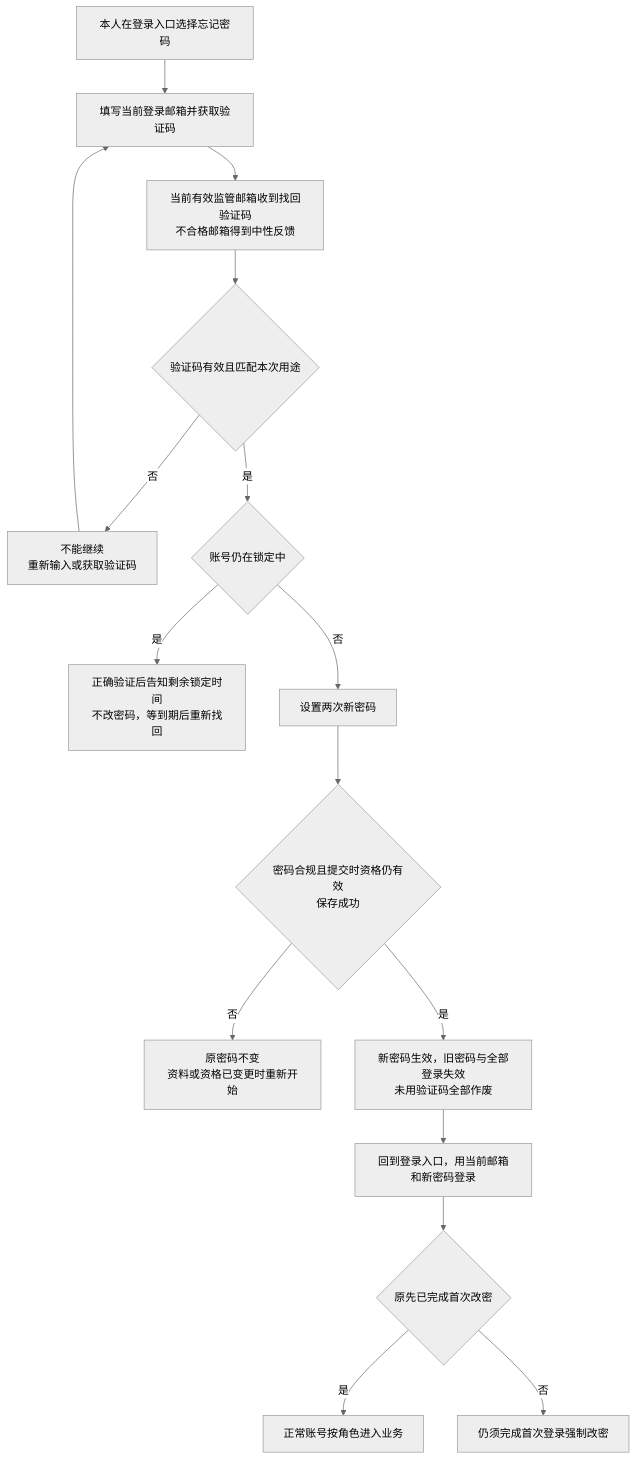
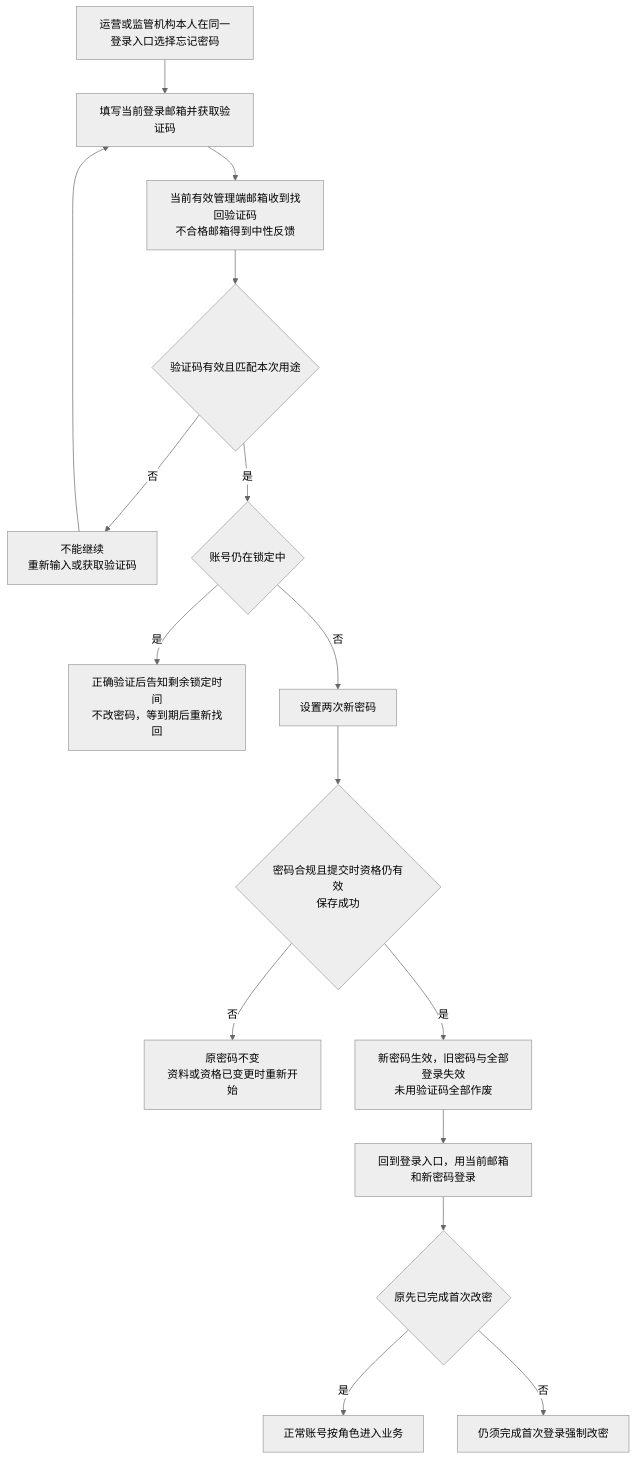
Before and after one commit to wxblockchain/Chain-Financing: the sixth of 8 diagrams in token-issuance-platform/PRD/v1.0-管理端登录与权限-流程图与状态机.md, drawn with Mermaid (neutral theme). The commit also changed other lines of this file and 4 other files, not shown here.

````diff
--- a/token-issuance-platform/PRD/v1.0-管理端登录与权限-流程图与状态机.md
+++ b/token-issuance-platform/PRD/v1.0-管理端登录与权限-流程图与状态机.md
@@ -130,18 +130,18 @@
 ```mermaid
 flowchart TD
-    A[本人在登录入口选择忘记密码] --> B[填写当前登录邮箱并获取验证码]
-    B --> C[当前有效监管邮箱收到找回验证码<br/>不合格邮箱得到中性反馈]
+    A[运营或监管机构本人在同一登录入口选择忘记密码] --> B[填写当前登录邮箱并获取验证码]
+    B --> C[当前有效管理端邮箱收到找回验证码<br/>不合格邮箱得到中性反馈]
     C --> D{验证码有效且匹配本次用途}
     D -->|否| E[不能继续<br/>重新输入或获取验证码]
     E --> B
     D -->|是| F{账号仍在锁定中}
     F -->|是| G[正确验证后告知剩余锁定时间<br/>不改密码，等到期后重新找回]
     F -->|否| H[设置两次新密码]
     H --> I{密码合规且提交时资格仍有效<br/>保存成功}
     I -->|否| J[原密码不变<br/>资料或资格已变更时重新开始]
     I -->|是| K[新密码生效，旧密码与全部登录失效<br/>未用验证码全部作废]
     K --> L[回到登录入口，用当前邮箱和新密码登录]
     L --> M{原先已完成首次改密}
     M -->|是| N[正常账号按角色进入业务]
     M -->|否| O[仍须完成首次登录强制改密]
 ```
````
